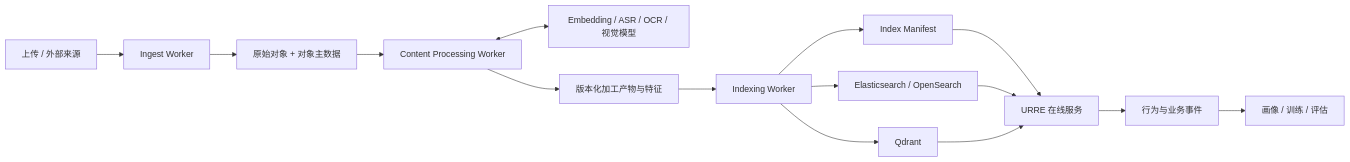
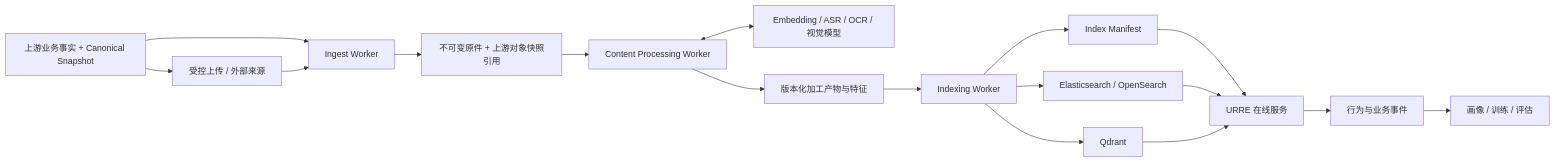
One commit to human-cosmos/search-rec-docs changed the diagram in implementation/02_技术选型与服务部署.md. Above: the diagram before and after it, drawn with Mermaid. The commit also changed other lines of this file and 6 other files, not shown here.

````diff
--- a/implementation/02_技术选型与服务部署.md
+++ b/implementation/02_技术选型与服务部署.md
@@ -230,17 +232,19 @@
 ```mermaid
 flowchart LR
-  SOURCE[上传 / 外部来源] --> INGEST[Ingest Worker]
-  INGEST --> RAW[原始对象 + 对象主数据]
+  UPSTREAM[上游业务事实 + Canonical Snapshot] --> SOURCE[受控上传 / 外部来源]
+  UPSTREAM --> INGEST
+  SOURCE --> INGEST[Ingest Worker]
+  INGEST --> RAW[不可变原件 + 上游对象快照引用]
   RAW --> PROCESS[Content Processing Worker]
   PROCESS <--> MODEL[Embedding / ASR / OCR / 视觉模型]
   PROCESS --> FEATURE[版本化加工产物与特征]
   FEATURE --> INDEXER[Indexing Worker]
   INDEXER --> ES[Elasticsearch / OpenSearch]
   INDEXER --> QDRANT[Qdrant]
   INDEXER --> MANIFEST[Index Manifest]
   MANIFEST --> URRE[URRE 在线服务]
   ES --> URRE
   QDRANT --> URRE
   URRE --> EVENT[行为与业务事件]
   EVENT --> PROFILE[画像 / 训练 / 评估]
 ```
````
